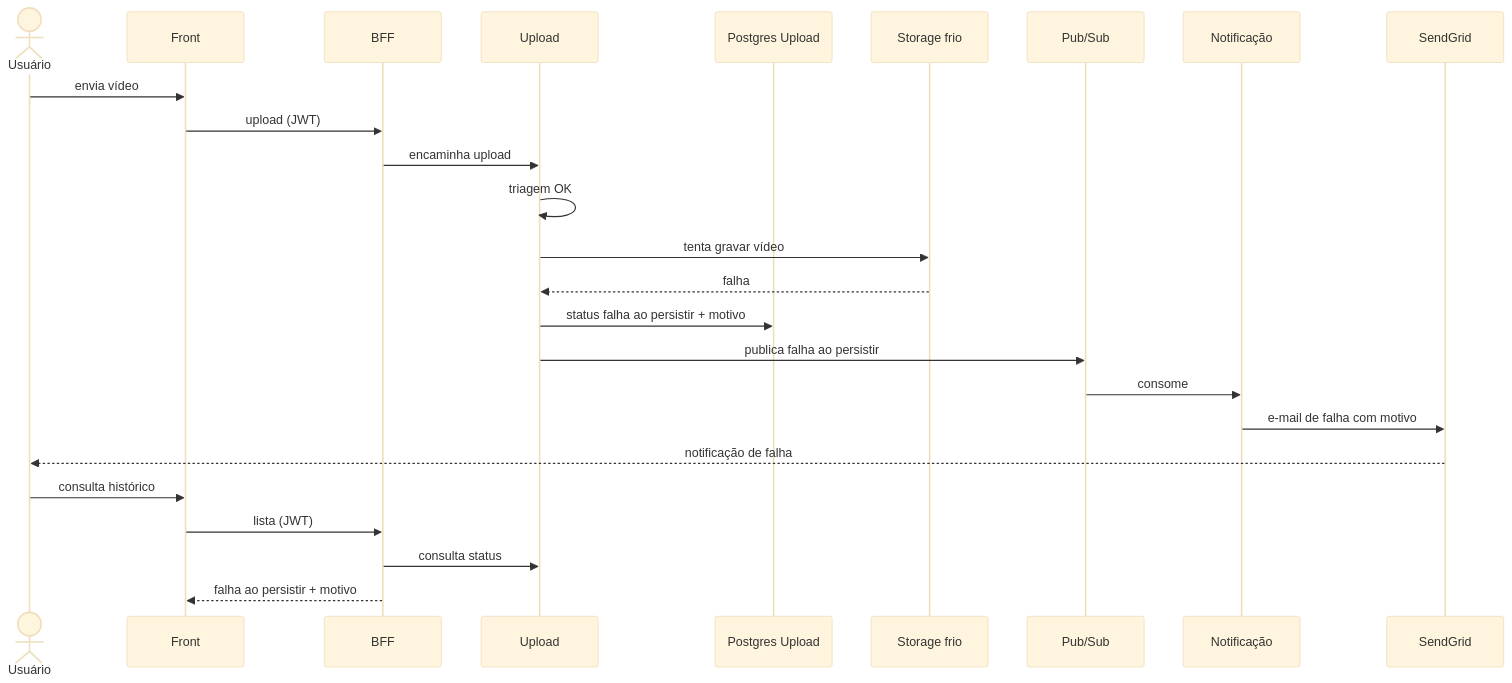
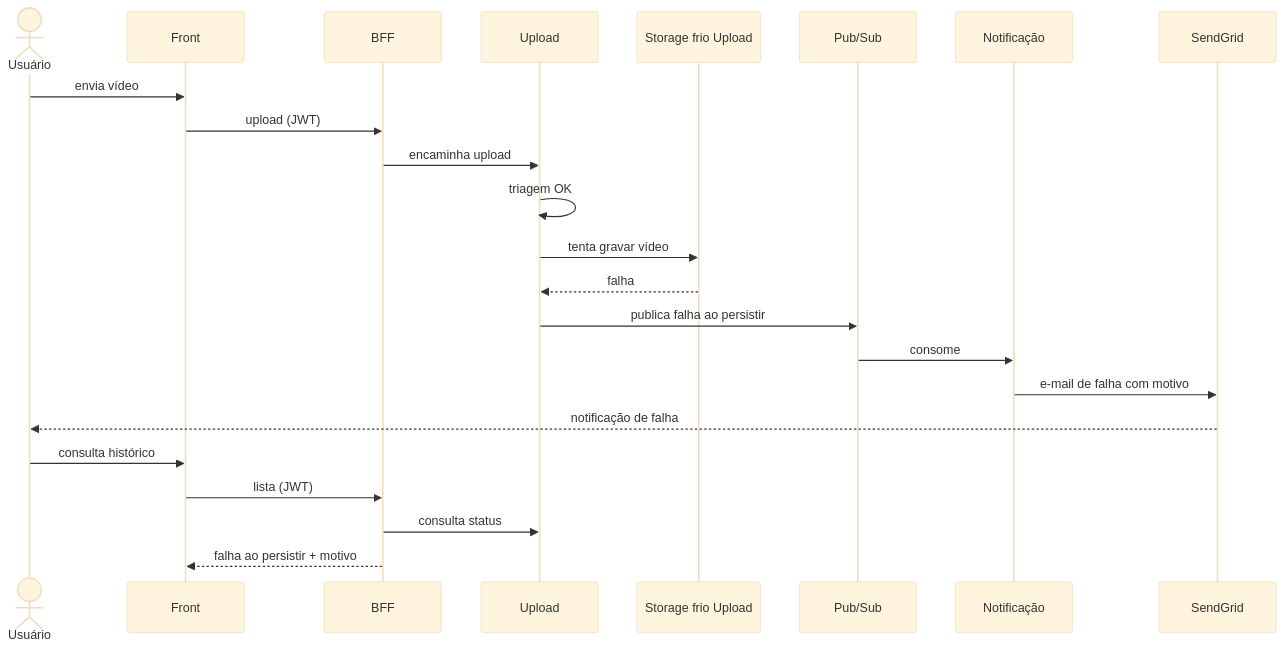
Before and after one commit to fiap-x-vcosta/docs: the diagram in fluxo-e-estados/04_falha-ao-persistir.md, drawn with Mermaid (base theme). The commit also changed 5 other files, not shown here.

````diff
--- a/fluxo-e-estados/04_falha-ao-persistir.md
+++ b/fluxo-e-estados/04_falha-ao-persistir.md
@@ -1,28 +1,26 @@
 ```mermaid
 sequenceDiagram
   actor U as Usuário
   participant Web as Front
   participant BFF as BFF
   participant Up as Upload
-  participant PGU as Postgres Upload
-  participant Frio as Storage frio
+  participant FrioUp as Storage frio Upload
   participant Bus as Pub/Sub
   participant Notif as Notificação
   participant SG as SendGrid
 
   U->>Web: envia vídeo
   Web->>BFF: upload (JWT)
   BFF->>Up: encaminha upload
   Up->>Up: triagem OK
-  Up->>Frio: tenta gravar vídeo
-  Frio-->>Up: falha
-  Up->>PGU: status falha ao persistir + motivo
+  Up->>FrioUp: tenta gravar vídeo
+  FrioUp-->>Up: falha
   Up->>Bus: publica falha ao persistir
   Bus->>Notif: consome
   Notif->>SG: e-mail de falha com motivo
   SG-->>U: notificação de falha
   U->>Web: consulta histórico
   Web->>BFF: lista (JWT)
   BFF->>Up: consulta status
   BFF-->>Web: falha ao persistir + motivo
 ```
````
